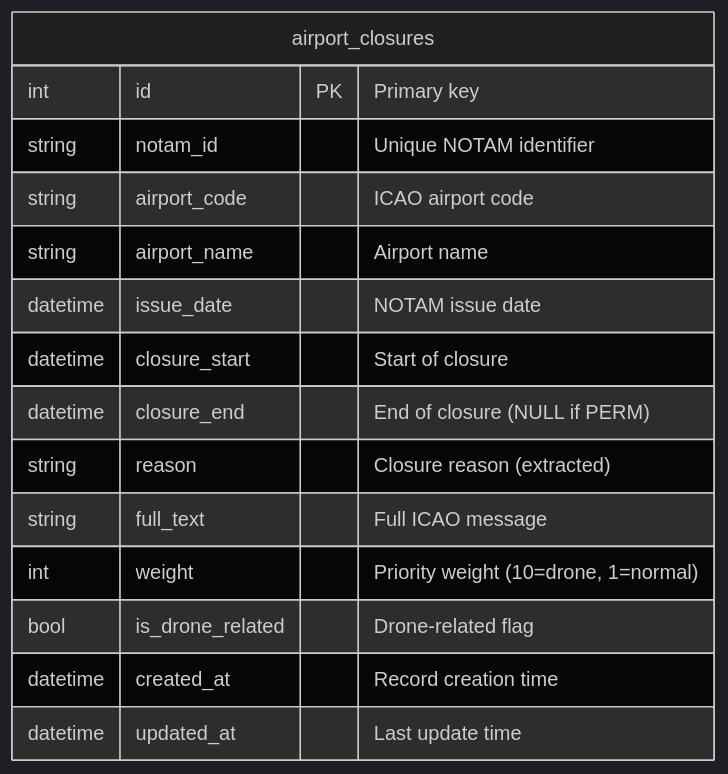
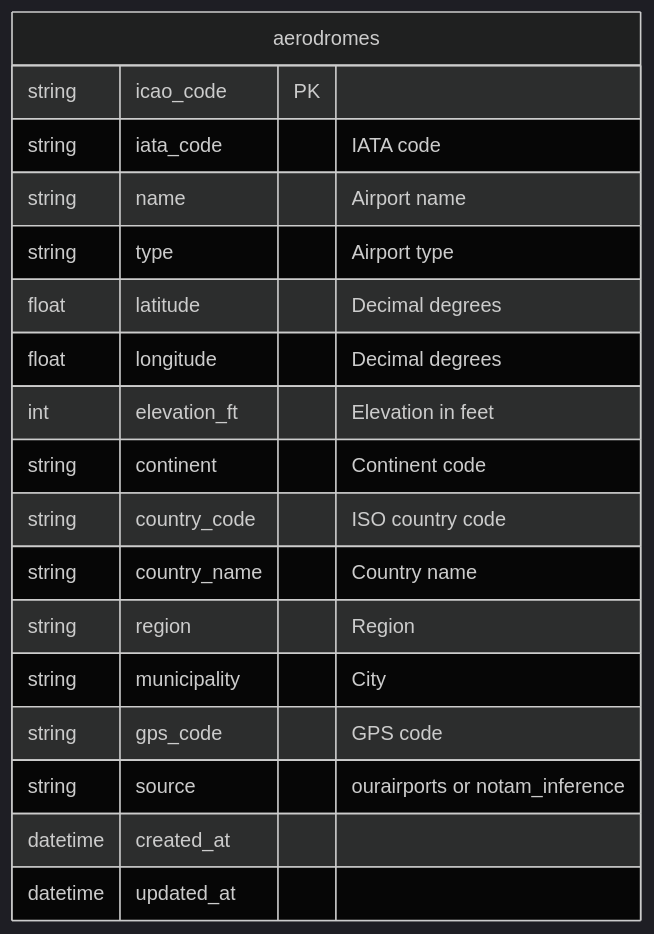
Before and after one commit to Eleven15AM/notams: the fourth of 4 diagrams in docs/ARCHITECTURE.md, drawn with Mermaid (dark theme). The commit also changed other lines of this file and 29 other files, not shown here.

````diff
--- a/docs/ARCHITECTURE.md
+++ b/docs/ARCHITECTURE.md
@@ -75,18 +180,21 @@
-```mermaid
+``` mermaid
 erDiagram
-    airport_closures {
-        int id PK "Primary key"
-        string notam_id "Unique NOTAM identifier"
-        string airport_code "ICAO airport code"
-        string airport_name "Airport name"
-        datetime issue_date "NOTAM issue date"
-        datetime closure_start "Start of closure"
-        datetime closure_end "End of closure (NULL if PERM)"
-        string reason "Closure reason (extracted)"
-        string full_text "Full ICAO message"
-        int weight "Priority weight (10=drone, 1=normal)"
-        bool is_drone_related "Drone-related flag"
-        datetime created_at "Record creation time"
-        datetime updated_at "Last update time "
+    aerodromes {
+        string icao_code PK
+        string iata_code "IATA code"
+        string name "Airport name"
+        string type "Airport type"
+        float latitude "Decimal degrees"
+        float longitude "Decimal degrees"
+        int elevation_ft "Elevation in feet"
+        string continent "Continent code"
+        string country_code "ISO country code"
+        string country_name "Country name"
+        string region "Region"
+        string municipality "City"
+        string gps_code "GPS code"
+        string source "ourairports or notam_inference"
+        datetime created_at
+        datetime updated_at
     }
 ```
````
